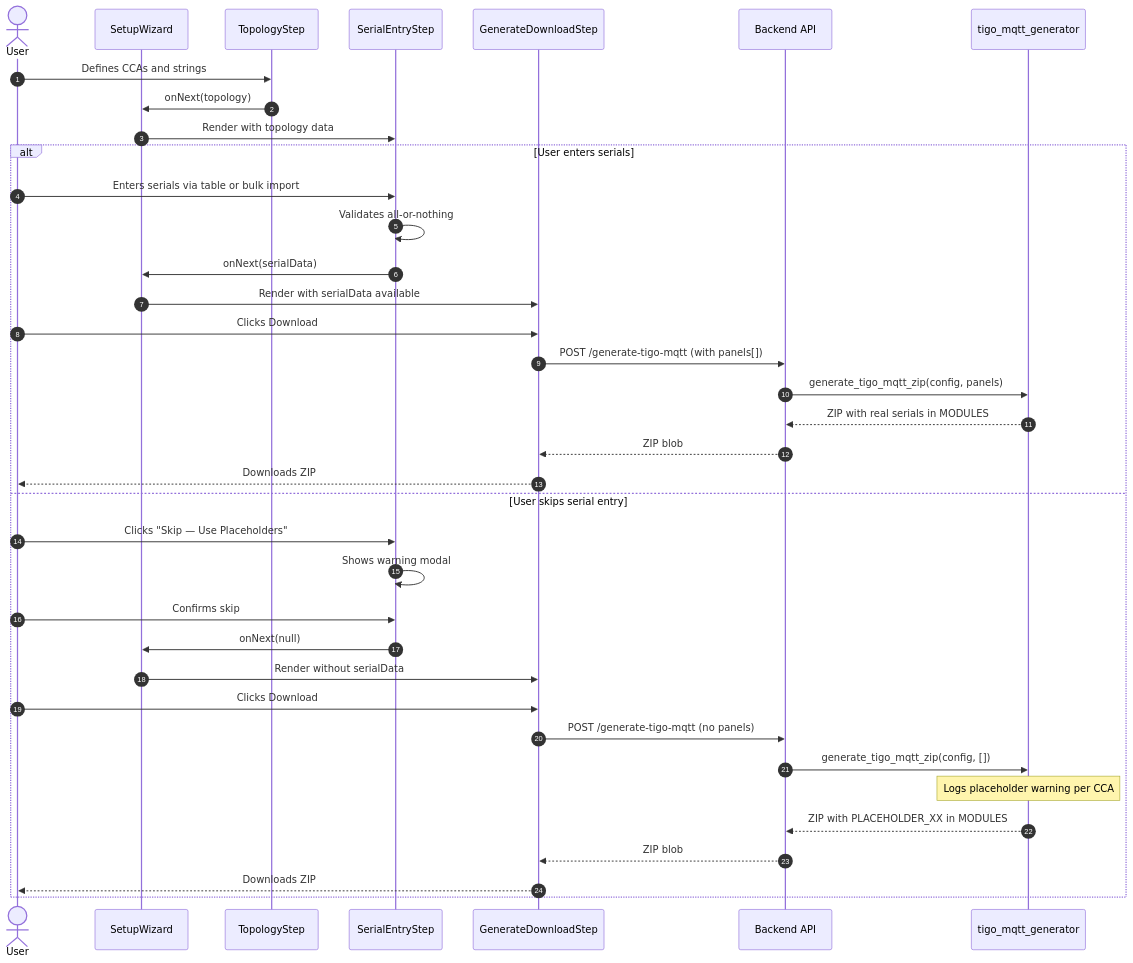
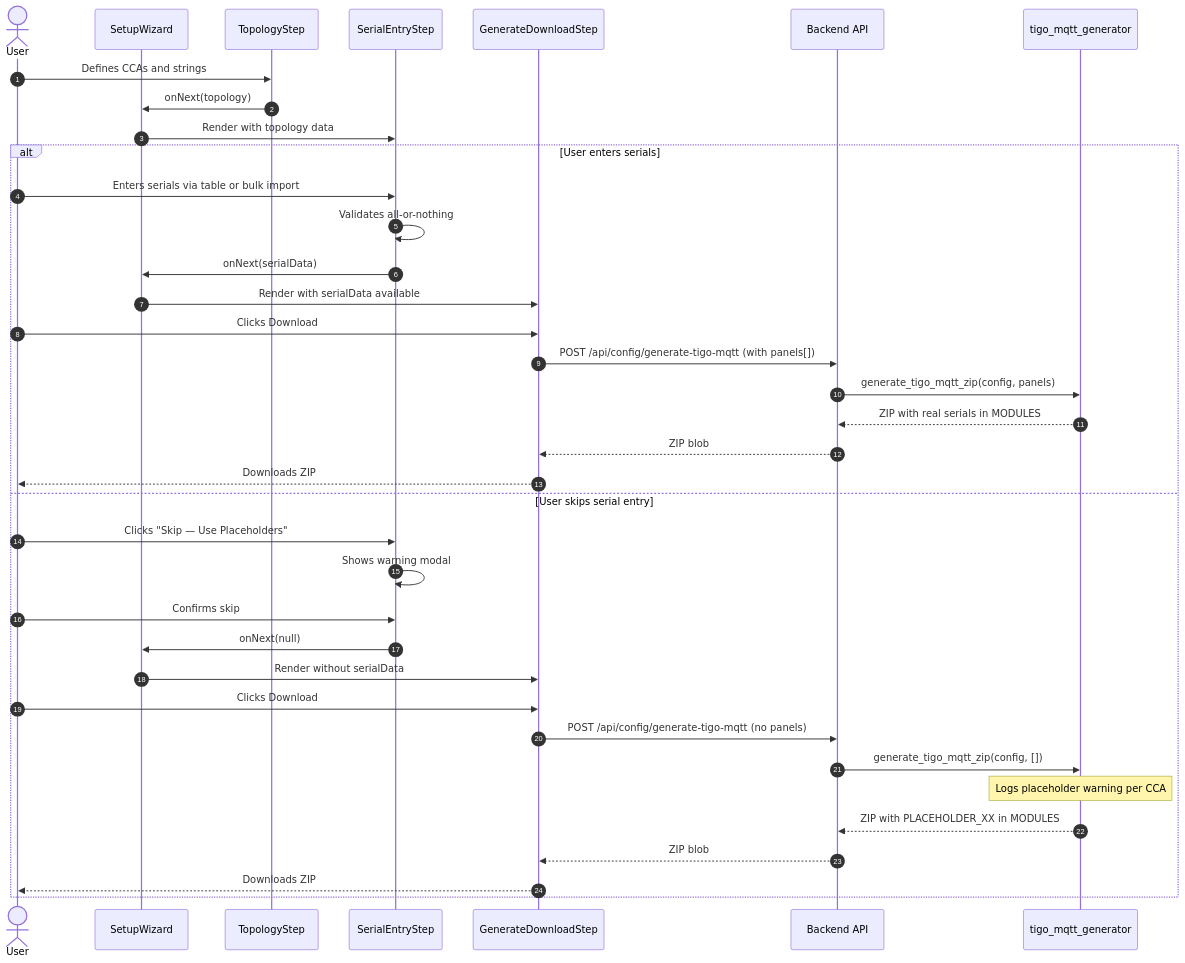
One commit to iscofield/realtime-tigo-monitor changed the diagram in docs/specs/2026-02-08-wizard-serial-entry.md. Above: the diagram before and after it, drawn with Mermaid. The commit also changed other lines of this file, not shown here.

````diff
--- a/docs/specs/2026-02-08-wizard-serial-entry.md
+++ b/docs/specs/2026-02-08-wizard-serial-entry.md
@@ -215,41 +218,41 @@
 ```mermaid
 sequenceDiagram
     autonumber
     actor User
     participant Wizard as SetupWizard
     participant Topology as TopologyStep
     participant Serials as SerialEntryStep
     participant GenDL as GenerateDownloadStep
     participant API as Backend API
     participant Gen as tigo_mqtt_generator
 
     User->>Topology: Defines CCAs and strings
     Topology->>Wizard: onNext(topology)
     Wizard->>Serials: Render with topology data
 
     alt User enters serials
         User->>Serials: Enters serials via table or bulk import
         Serials->>Serials: Validates all-or-nothing
         Serials->>Wizard: onNext(serialData)
         Wizard->>GenDL: Render with serialData available
         User->>GenDL: Clicks Download
-        GenDL->>API: POST /generate-tigo-mqtt (with panels[])
+        GenDL->>API: POST /api/config/generate-tigo-mqtt (with panels[])
         API->>Gen: generate_tigo_mqtt_zip(config, panels)
         Gen-->>API: ZIP with real serials in MODULES
         API-->>GenDL: ZIP blob
         GenDL-->>User: Downloads ZIP
     else User skips serial entry
         User->>Serials: Clicks "Skip — Use Placeholders"
         Serials->>Serials: Shows warning modal
         User->>Serials: Confirms skip
         Serials->>Wizard: onNext(null)
         Wizard->>GenDL: Render without serialData
         User->>GenDL: Clicks Download
-        GenDL->>API: POST /generate-tigo-mqtt (no panels)
+        GenDL->>API: POST /api/config/generate-tigo-mqtt (no panels)
         API->>Gen: generate_tigo_mqtt_zip(config, [])
         Note over Gen: Logs placeholder warning per CCA
         Gen-->>API: ZIP with PLACEHOLDER_XX in MODULES
         API-->>GenDL: ZIP blob
         GenDL-->>User: Downloads ZIP
     end
 ```
````
